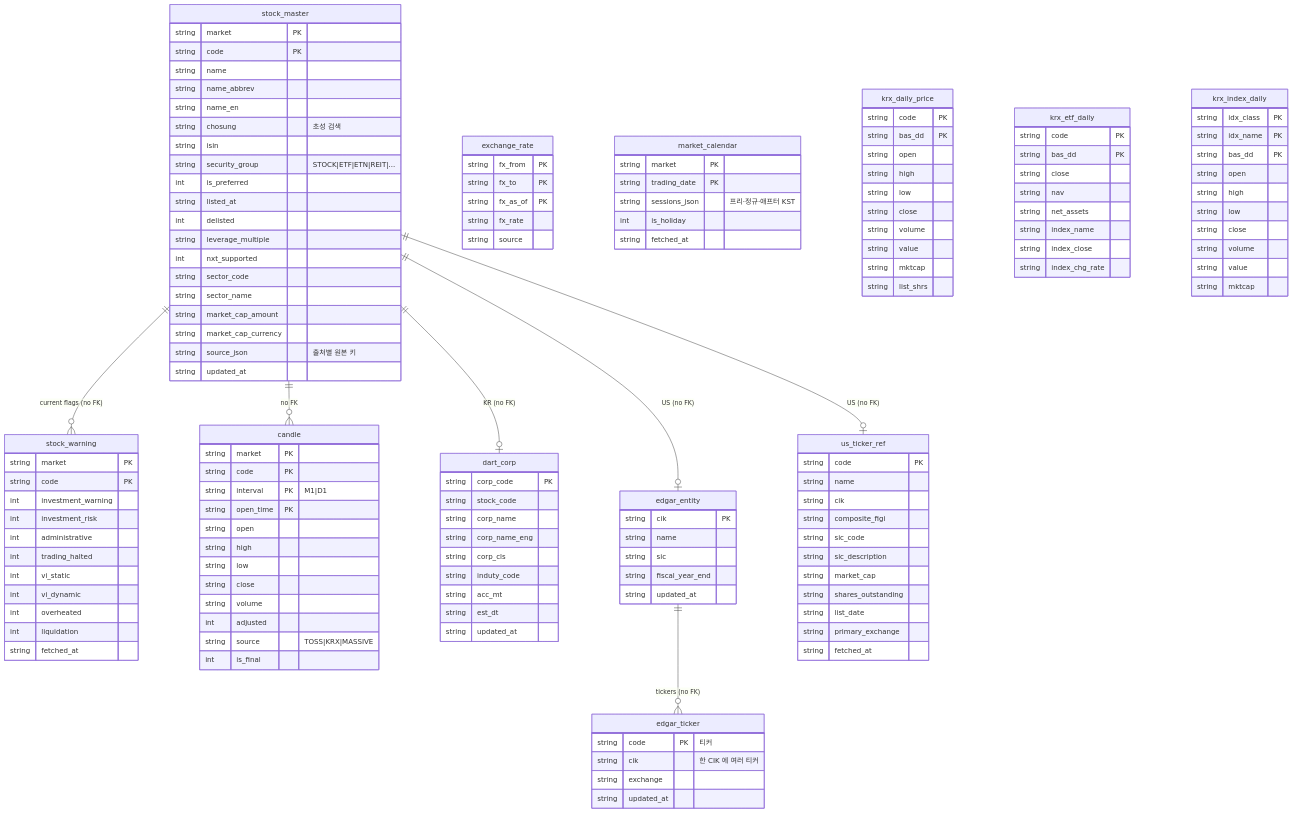
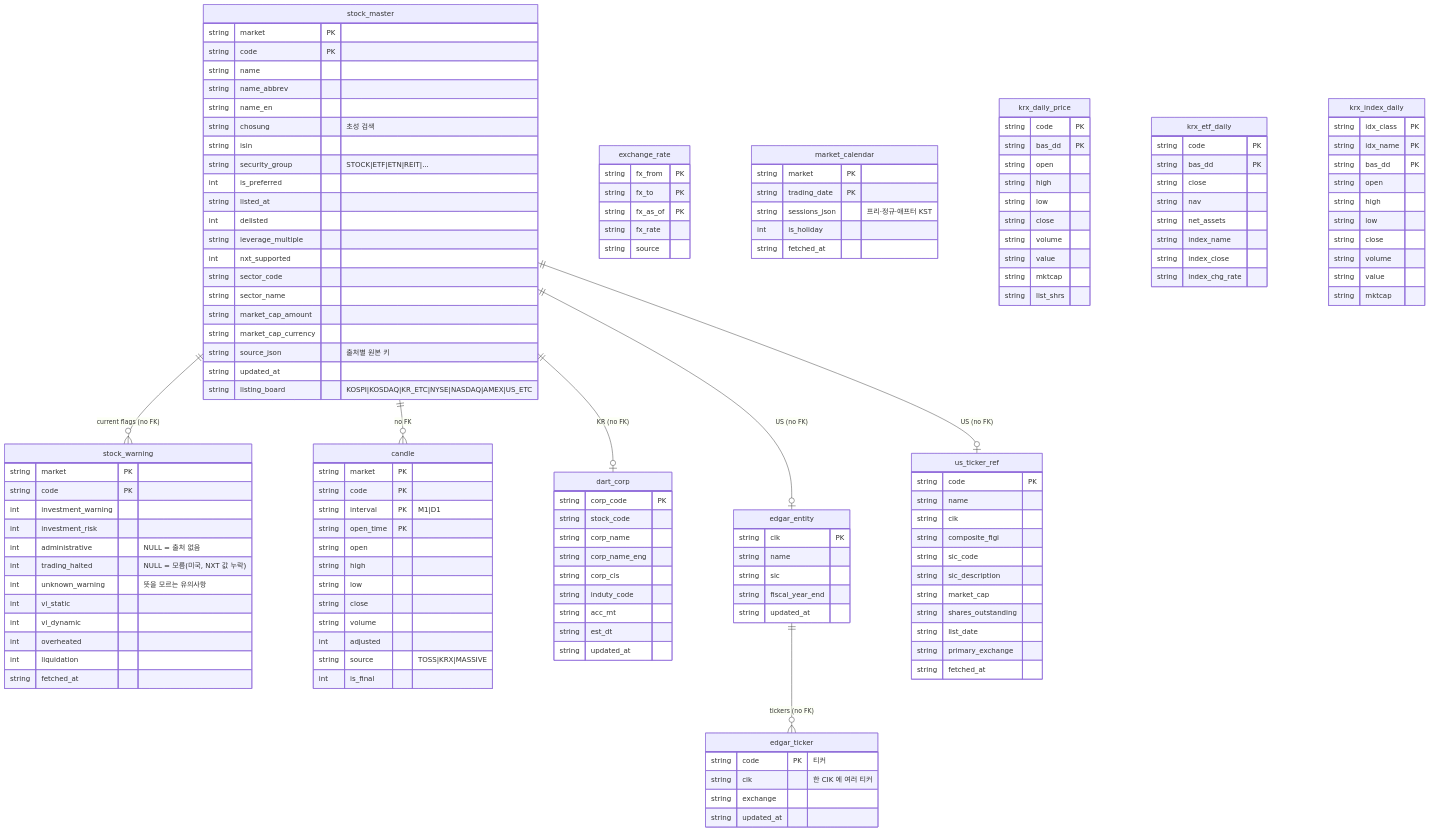
One commit to lyvius2/stockholm changed the third of 8 diagrams in docs/DB_SCHEMA.md. Above: the diagram before and after it, drawn with Mermaid. The commit also changed other lines of this file and 43 other files, not shown here.

```diff
--- a/docs/DB_SCHEMA.md
+++ b/docs/DB_SCHEMA.md
@@ -328,14 +328,16 @@
     string market_cap_currency
     string source_json "출처별 원본 키"
     string updated_at
+    string listing_board "KOSPI|KOSDAQ|KR_ETC|NYSE|NASDAQ|AMEX|US_ETC"
   }
   stock_warning {
     string market PK
     string code PK
     int investment_warning
     int investment_risk
-    int administrative
-    int trading_halted
+    int administrative "NULL = 출처 없음"
+    int trading_halted "NULL = 모름(미국, NXT 값 누락)"
+    int unknown_warning "뜻을 모르는 유의사항"
     int vi_static
     int vi_dynamic
     int overheated
```
